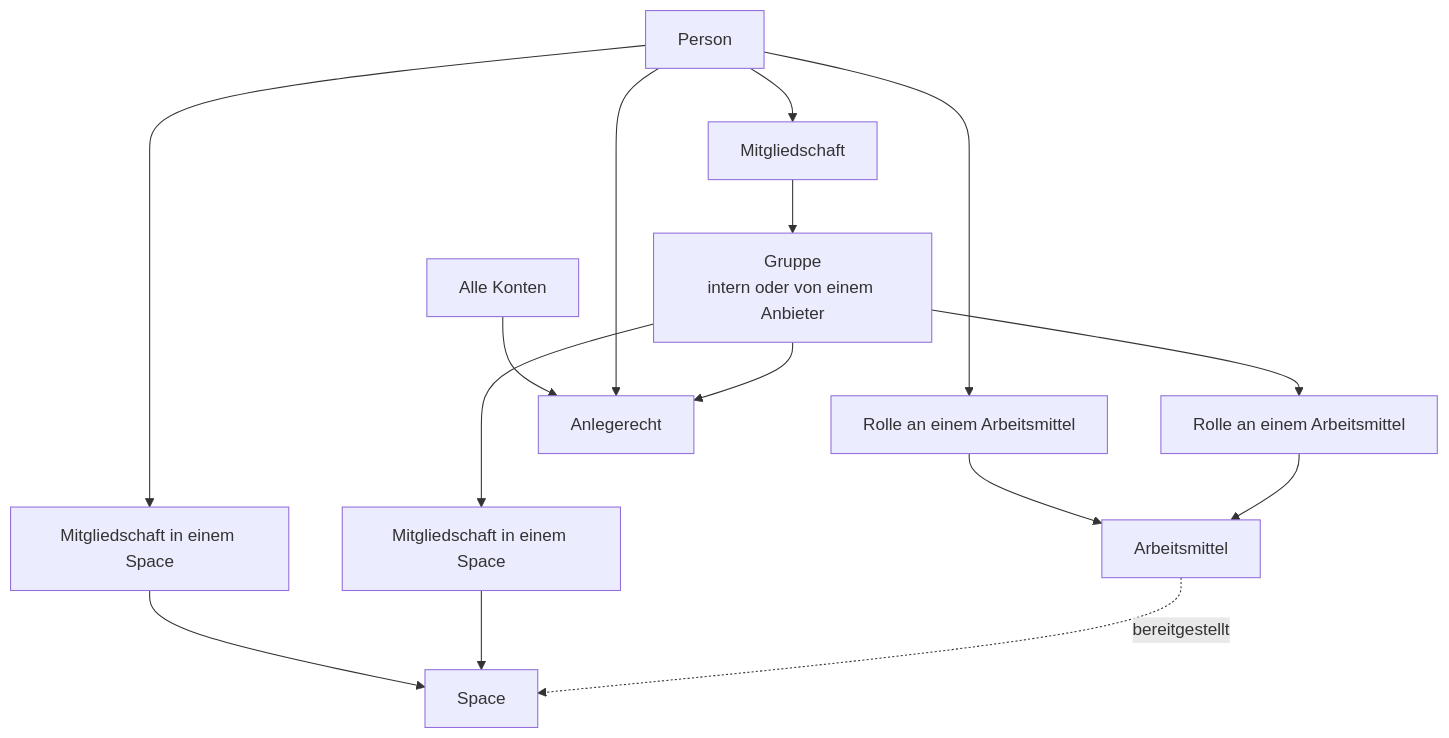
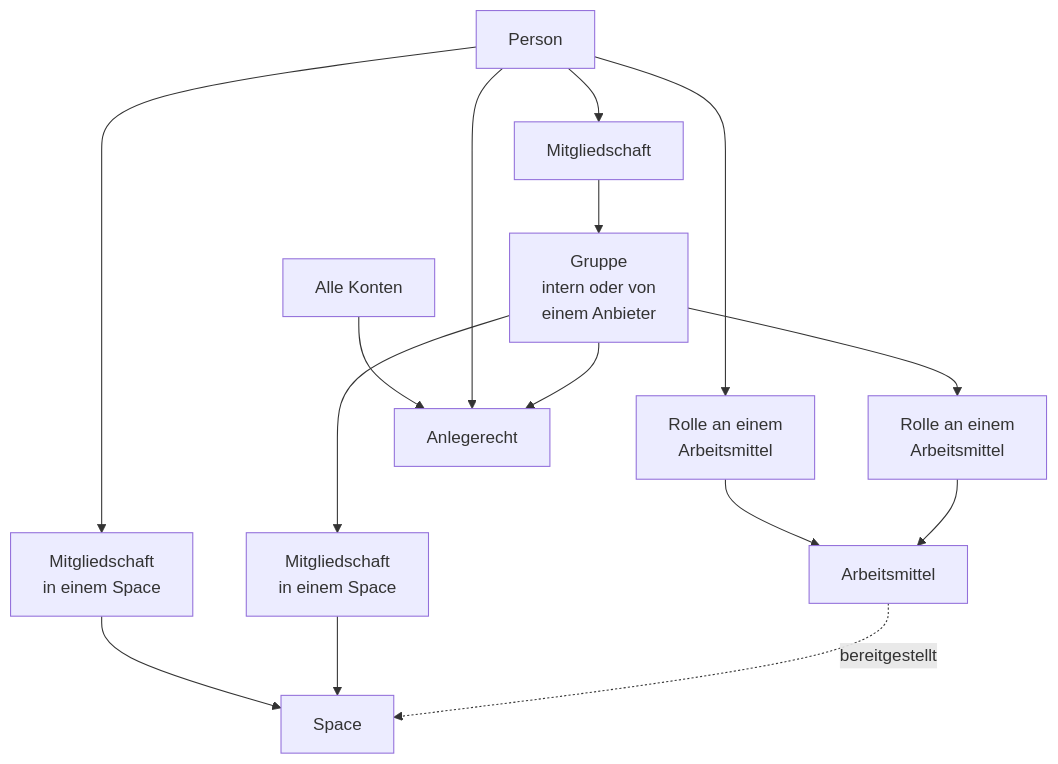
Before and after one commit to criew/opaa: the diagram in docs/handbuch/berechtigungen.md, drawn with Mermaid. The commit also changed 11 other files, not shown here.

First line of the commit message:
docs(handbuch): Mermaid-Knoten mit kurzen Zeilen

````diff
--- a/docs/handbuch/berechtigungen.md
+++ b/docs/handbuch/berechtigungen.md
@@ -32,17 +32,17 @@
 ```mermaid
 flowchart TB
     P[Person] --> M[Mitgliedschaft]
-    M --> G[Gruppe<br/>intern oder von einem Anbieter]
-    P --> DG[Rolle an einem Arbeitsmittel]
-    G --> GG[Rolle an einem Arbeitsmittel]
-    P --> SM[Mitgliedschaft in einem Space]
-    G --> SG[Mitgliedschaft in einem Space]
+    M --> G[Gruppe<br/>intern oder von<br/>einem Anbieter]
+    P --> DG[Rolle an einem<br/>Arbeitsmittel]
+    G --> GG[Rolle an einem<br/>Arbeitsmittel]
+    P --> SM[Mitgliedschaft<br/>in einem Space]
+    G --> SG[Mitgliedschaft<br/>in einem Space]
     DG --> B[Arbeitsmittel]
     GG --> B
     SM --> S[Space]
     SG --> S
     B -. bereitgestellt .-> S
     A["Alle Konten"] --> C[Anlegerecht]
     P --> C
     G --> C
 ```
````
